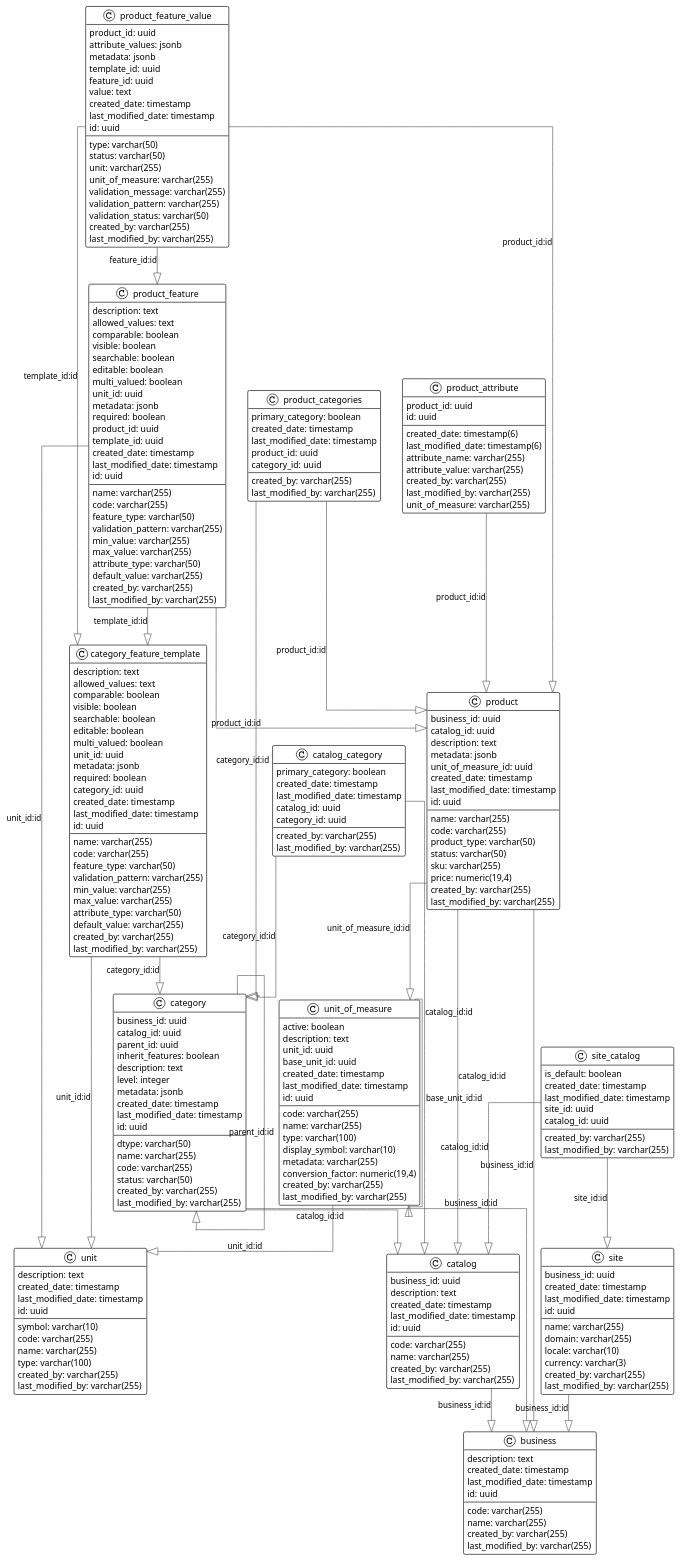
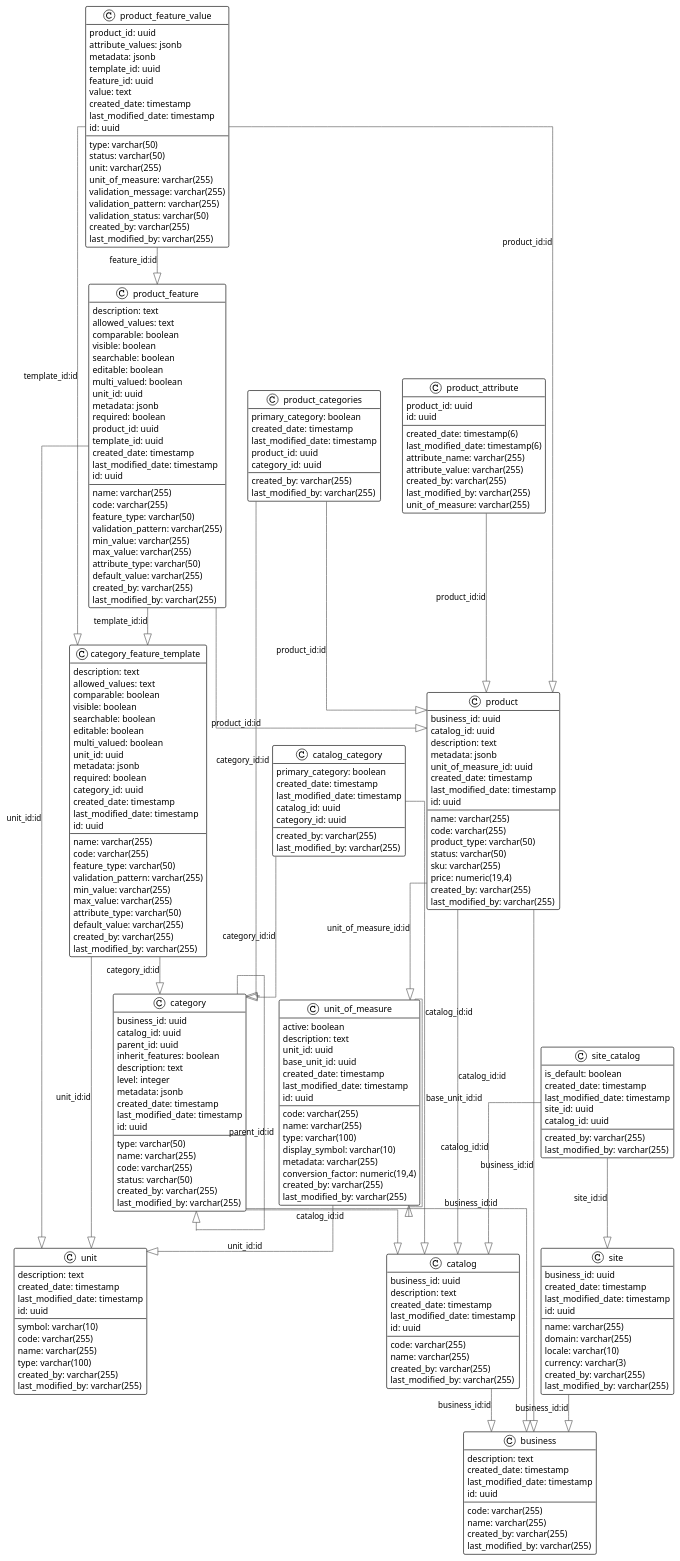
The diagram in ER Diagrams/business.plantuml (pponali/catalog-sql), drawn with PlantUML before and after one commit. The commit also changed 18 other files, not shown here.

```diff
--- a/ER Diagrams/business.plantuml
+++ b/ER Diagrams/business.plantuml
@@ -35,7 +35,7 @@
    category_id: uuid
 }
 class category {
-   dtype: varchar(50)
+   type: varchar(50)
    business_id: uuid
    catalog_id: uuid
    parent_id: uuid
```
